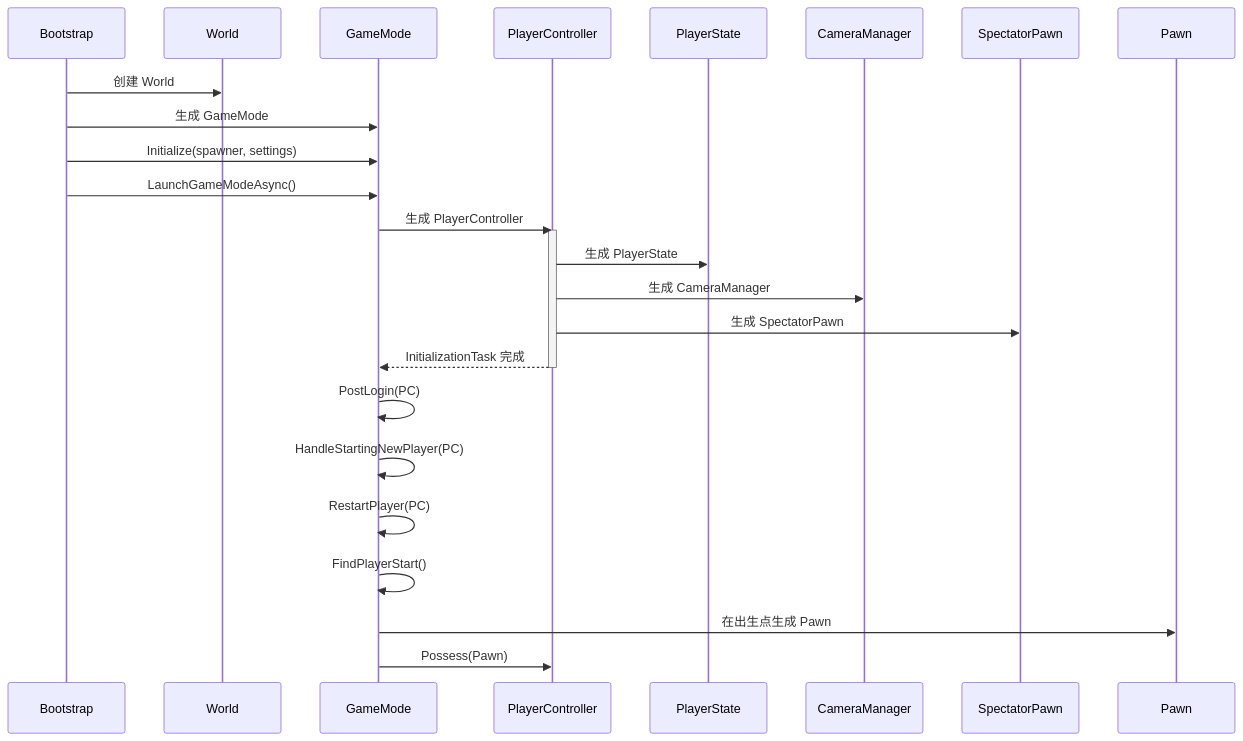
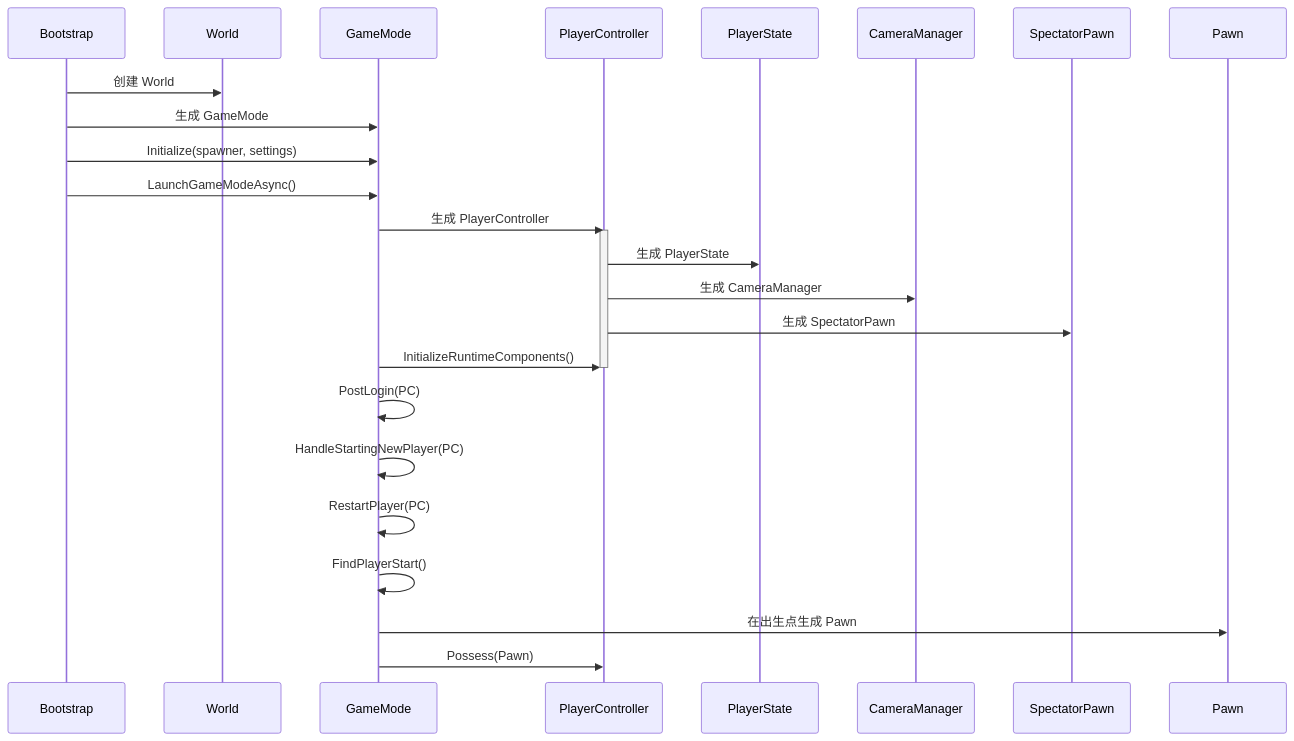
The second of 3 diagrams in Client/UnityPackages/CycloneGames/CycloneGames.GameplayFramework/README.SCH.md (MaiKuraki/RhythmPulse), drawn with Mermaid before and after one commit. The commit also changed other lines of this file and 1108 other files, not shown here.

````diff
--- a/Client/UnityPackages/CycloneGames/CycloneGames.GameplayFramework/README.SCH.md
+++ b/Client/UnityPackages/CycloneGames/CycloneGames.GameplayFramework/README.SCH.md
@@ -119,29 +160,29 @@
 ```mermaid
 sequenceDiagram
     participant Boot as Bootstrap
     participant W as World
     participant GM as GameMode
     participant PC as PlayerController
     participant PS as PlayerState
     participant Cam as CameraManager
     participant SP as SpectatorPawn
     participant Pawn as Pawn
 
     Boot->>W: 创建 World
     Boot->>GM: 生成 GameMode
     Boot->>GM: Initialize(spawner, settings)
     Boot->>GM: LaunchGameModeAsync()
     GM->>PC: 生成 PlayerController
     activate PC
     PC->>PS: 生成 PlayerState
     PC->>Cam: 生成 CameraManager
     PC->>SP: 生成 SpectatorPawn
-    PC-->>GM: InitializationTask 完成
+    GM->>PC: InitializeRuntimeComponents()
     deactivate PC
     GM->>GM: PostLogin(PC)
     GM->>GM: HandleStartingNewPlayer(PC)
     GM->>GM: RestartPlayer(PC)
     GM->>GM: FindPlayerStart()
     GM->>Pawn: 在出生点生成 Pawn
     GM->>PC: Possess(Pawn)
 ```
````
